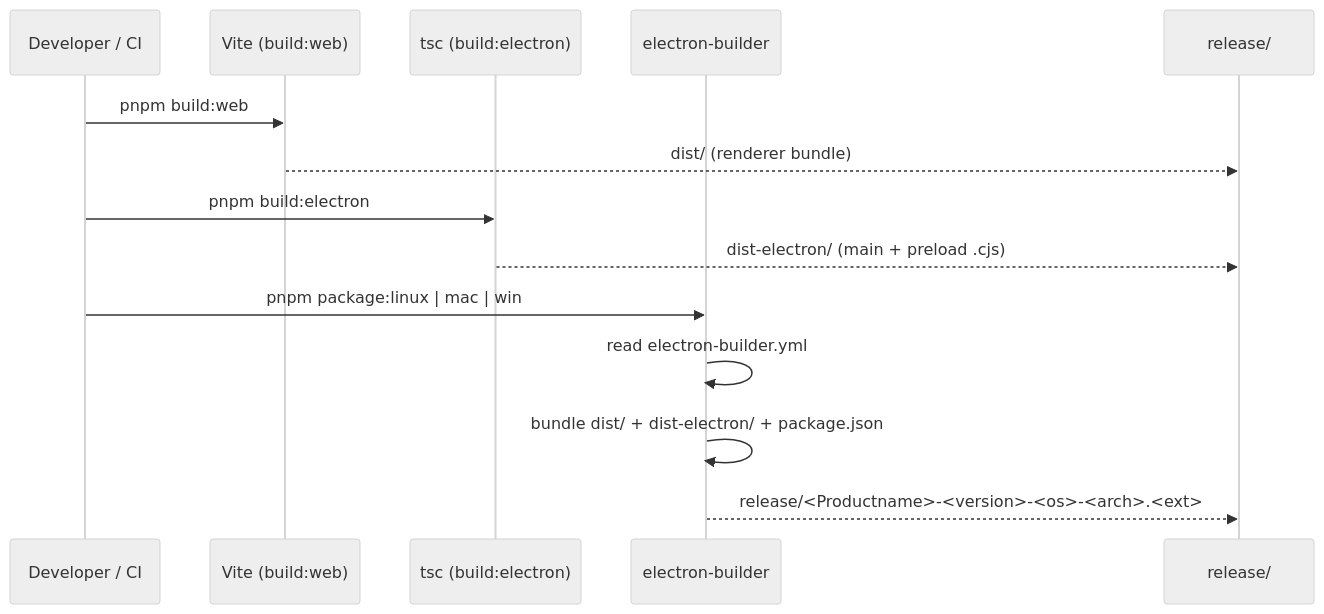
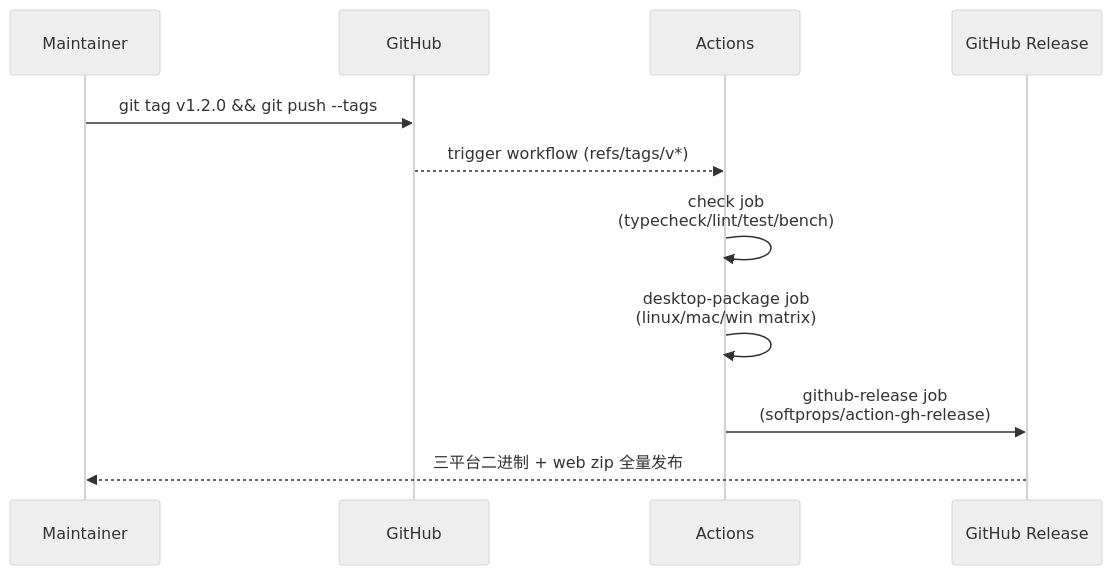
The second of 2 diagrams in docs/recipes/packaging-desktop-builds.md (SakuraPuare/apollo-map-studio), drawn with Mermaid (neutral theme) before and after one commit. The commit also changed other lines of this file and 414 other files, not shown here.

````diff
--- a/docs/recipes/packaging-desktop-builds.md
+++ b/docs/recipes/packaging-desktop-builds.md
@@ -11,17 +196,14 @@
 ```mermaid
 sequenceDiagram
-  participant Dev as Developer / CI
-  participant Vite as Vite (build:web)
-  participant TSC as tsc (build:electron)
-  participant EB as electron-builder
-  participant FS as release/
+    participant Dev as Maintainer
+    participant Git as GitHub
+    participant CI as Actions
+    participant Rel as GitHub Release
 
-  Dev->>Vite: pnpm build:web
-  Vite-->>FS: dist/ (renderer bundle)
-  Dev->>TSC: pnpm build:electron
-  TSC-->>FS: dist-electron/ (main + preload .cjs)
-  Dev->>EB: pnpm package:linux | mac | win
-  EB->>EB: read electron-builder.yml
-  EB->>EB: bundle dist/ + dist-electron/ + package.json
-  EB-->>FS: release/<Productname>-<version>-<os>-<arch>.<ext>
+    Dev->>Git: git tag v1.2.0 && git push --tags
+    Git-->>CI: trigger workflow (refs/tags/v*)
+    CI->>CI: check job<br/>(typecheck/lint/test/bench)
+    CI->>CI: desktop-package job<br/>(linux/mac/win matrix)
+    CI->>Rel: github-release job<br/>(softprops/action-gh-release)
+    Rel-->>Dev: 三平台二进制 + web zip 全量发布
 ```
````
